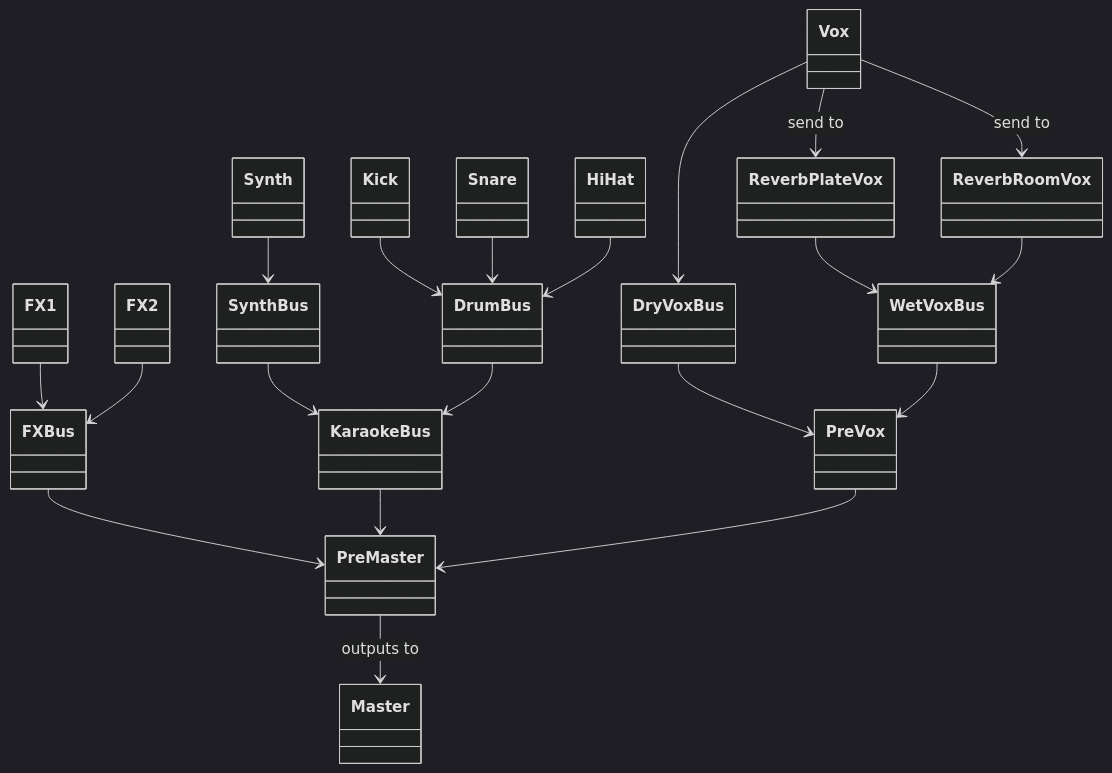
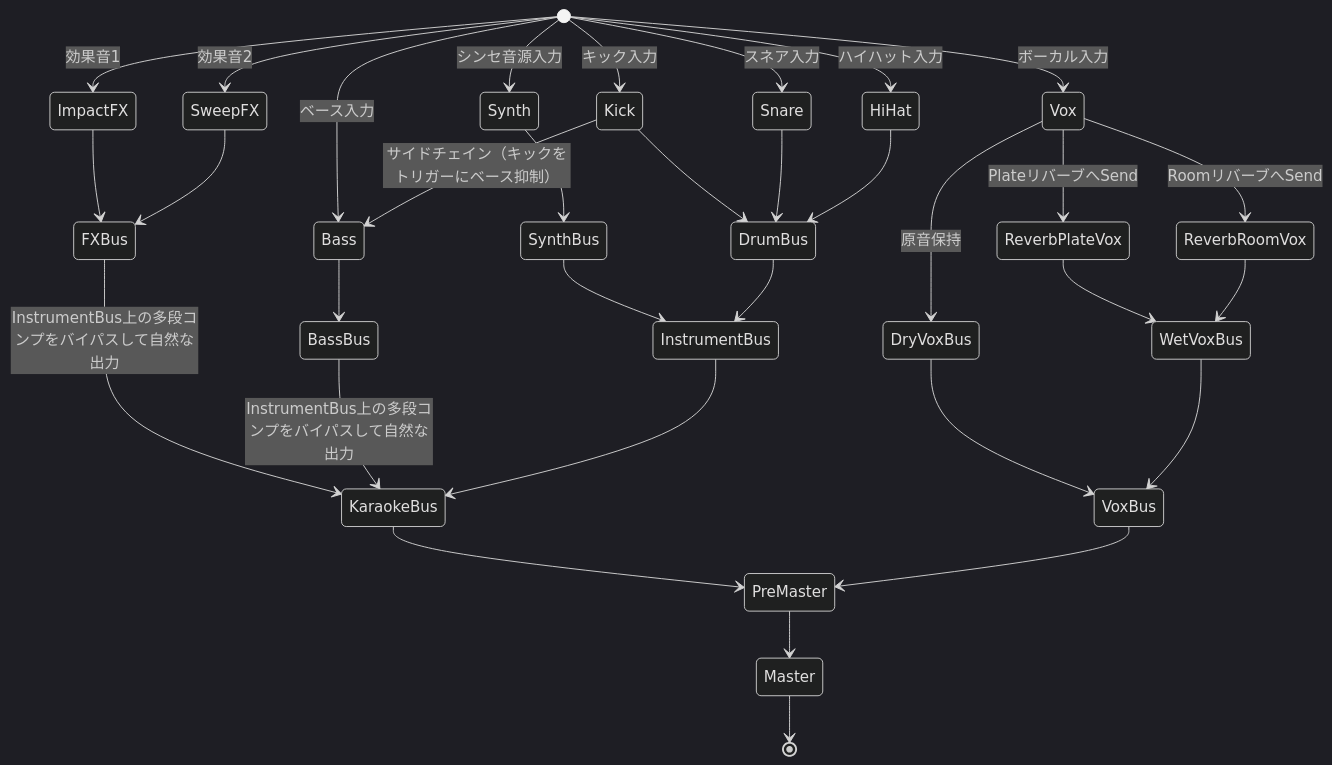
One commit to iamyukihiro/general-mixing-architecture changed the diagram in README.md. Above: the diagram before and after it, drawn with Mermaid (dark theme).

````diff
--- a/README.md
+++ b/README.md
@@ -5,55 +5,53 @@
 ```mermaid
-classDiagram
-    class Kick
-    class Snare
-    class HiHat
-    class Synth
-    class FX1
-    class FX2
-    class Vox
 
-    class ReverbPlateVox
-    class ReverbRoomVox
 
-    class SynthBus
-    class DrumBus
-    class FXBus
-    class DryVoxBus
-    class WetVoxBus
-    class KaraokeBus
+stateDiagram
+    %% 楽器・ボーカルの入力
+    [*] --> Synth : シンセ音源入力
+    [*] --> Kick : キック入力
+    [*] --> Bass : ベース入力
+    [*] --> Snare : スネア入力
+    [*] --> HiHat : ハイハット入力
+    [*] --> ImpactFX : 効果音1
+    [*] --> SweepFX : 効果音2
+    [*] --> Vox : ボーカル入力
 
-    class PreVox
-    class PreMaster
-    class Master
-
-    %% Routing: Instrument → Buses
+    %% Busへのルーティング
     Synth --> SynthBus
     Kick --> DrumBus
     Snare --> DrumBus
     HiHat --> DrumBus
-    FX1 --> FXBus
-    FX2 --> FXBus
-    Vox --> DryVoxBus
-    Vox --> ReverbPlateVox : send to
-    Vox --> ReverbRoomVox : send to
+    ImpactFX --> FXBus
+    SweepFX --> FXBus
+    Kick --> Bass: サイドチェイン（キックをトリガーにベース抑制）
+    Bass --> BassBus
 
-    %% Reverbs → Wet Vox Bus
+    %% ボーカル処理：DryとReverb Sendに分岐
+    Vox --> DryVoxBus : 原音保持
+    Vox --> ReverbPlateVox : PlateリバーブへSend
+    Vox --> ReverbRoomVox : RoomリバーブへSend
+
+    %% リバーブ音をWetVoxBusへ統合
     ReverbPlateVox --> WetVoxBus
     ReverbRoomVox --> WetVoxBus
 
-    %% Buses → Karaoke Bus
-    SynthBus --> KaraokeBus
-    DrumBus --> KaraokeBus
+    %% PreVoxでDry/Wetを合流
+    DryVoxBus --> VoxBus
+    WetVoxBus --> VoxBus
 
-    %% Vox routing
-    DryVoxBus --> PreVox
-    WetVoxBus --> PreVox
+    %% KaraokeBusはVoxを含まずInstrumentのみ
+    SynthBus --> InstrumentBus
+    DrumBus --> InstrumentBus
 
-    %% Pre buses
-    FXBus --> PreMaster
+    %% 各バスをPreMasterへ統合
+    FXBus --> KaraokeBus: InstrumentBus上の多段コンプをバイパスして自然な出力
+        BassBus --> KaraokeBus: InstrumentBus上の多段コンプをバイパスして自然な出力
+    InstrumentBus --> KaraokeBus
     KaraokeBus --> PreMaster
-    PreVox --> PreMaster
+    VoxBus --> PreMaster
 
-    %% Final output
-    PreMaster --> Master : outputs to
+    %% Master出力
+    PreMaster --> Master
+
+    Master --> [*]
 ```
````
